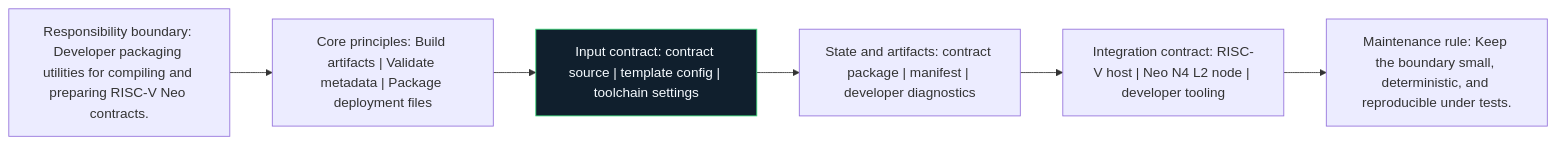
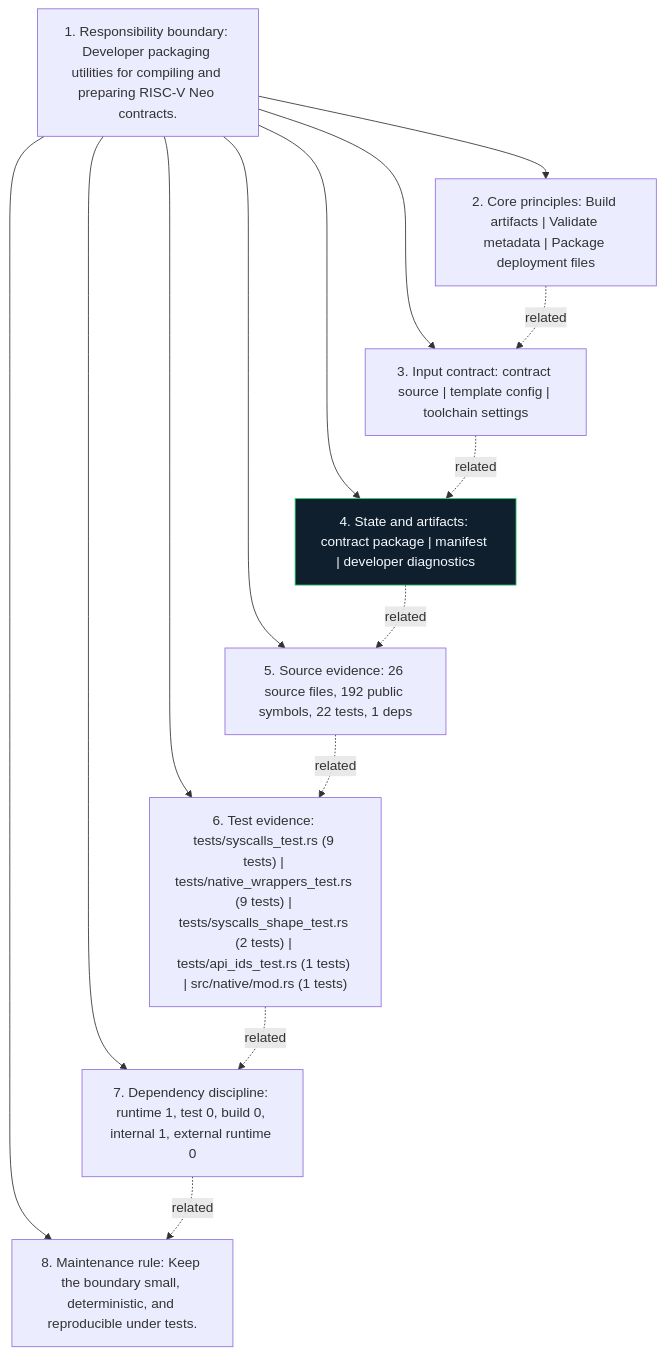
The diagram in crates/neo-riscv-devpack/docs/figures/principles.mmd (r3e-network/neo-riscv-vm), drawn with Mermaid before and after one commit. The commit also changed 571 other files, not shown here.

Commit message:
Deepen crate diagrams with source-aware atlas

```diff
--- a/crates/neo-riscv-devpack/docs/figures/principles.mmd
+++ b/crates/neo-riscv-devpack/docs/figures/principles.mmd
@@ -1,14 +1,24 @@
-flowchart LR
-    N1["Responsibility boundary: Developer packaging utilities for compiling and preparing RISC-V Neo contracts."]
-    N2["Core principles: Build artifacts | Validate metadata | Package deployment files"]
-    N3["Input contract: contract source | template config | toolchain settings"]
-    N4["State and artifacts: contract package | manifest | developer diagnostics"]
-    N5["Integration contract: RISC-V host | Neo N4 L2 node | developer tooling"]
-    N6["Maintenance rule: Keep the boundary small, deterministic, and reproducible under tests."]
+flowchart TB
+    N1["1. Responsibility boundary: Developer packaging utilities for compiling and preparing RISC-V Neo contracts."]
+    N2["2. Core principles: Build artifacts | Validate metadata | Package deployment files"]
+    N3["3. Input contract: contract source | template config | toolchain settings"]
+    N4["4. State and artifacts: contract package | manifest | developer diagnostics"]
+    N5["5. Source evidence: 26 source files, 192 public symbols, 22 tests, 1 deps"]
+    N6["6. Test evidence: tests/syscalls_test.rs (9 tests) | tests/native_wrappers_test.rs (9 tests) | tests/syscalls_shape_test.rs (2 tests) | tests/api_ids_test.rs (1 tests) | src/native/mod.rs (1 tests)"]
+    N7["7. Dependency discipline: runtime 1, test 0, build 0, internal 1, external runtime 0"]
+    N8["8. Maintenance rule: Keep the boundary small, deterministic, and reproducible under tests."]
     N1 --> N2
-    N2 --> N3
-    N3 --> N4
-    N4 --> N5
-    N5 --> N6
+    N1 --> N3
+    N1 --> N4
+    N1 --> N5
+    N1 --> N6
+    N1 --> N7
+    N1 --> N8
+    N2 -. related .-> N3
+    N3 -. related .-> N4
+    N4 -. related .-> N5
+    N5 -. related .-> N6
+    N6 -. related .-> N7
+    N7 -. related .-> N8
     classDef crate fill:#101f2d,stroke:#38d978,color:#f6fbff
-    class N3 crate
+    class N4 crate
```
